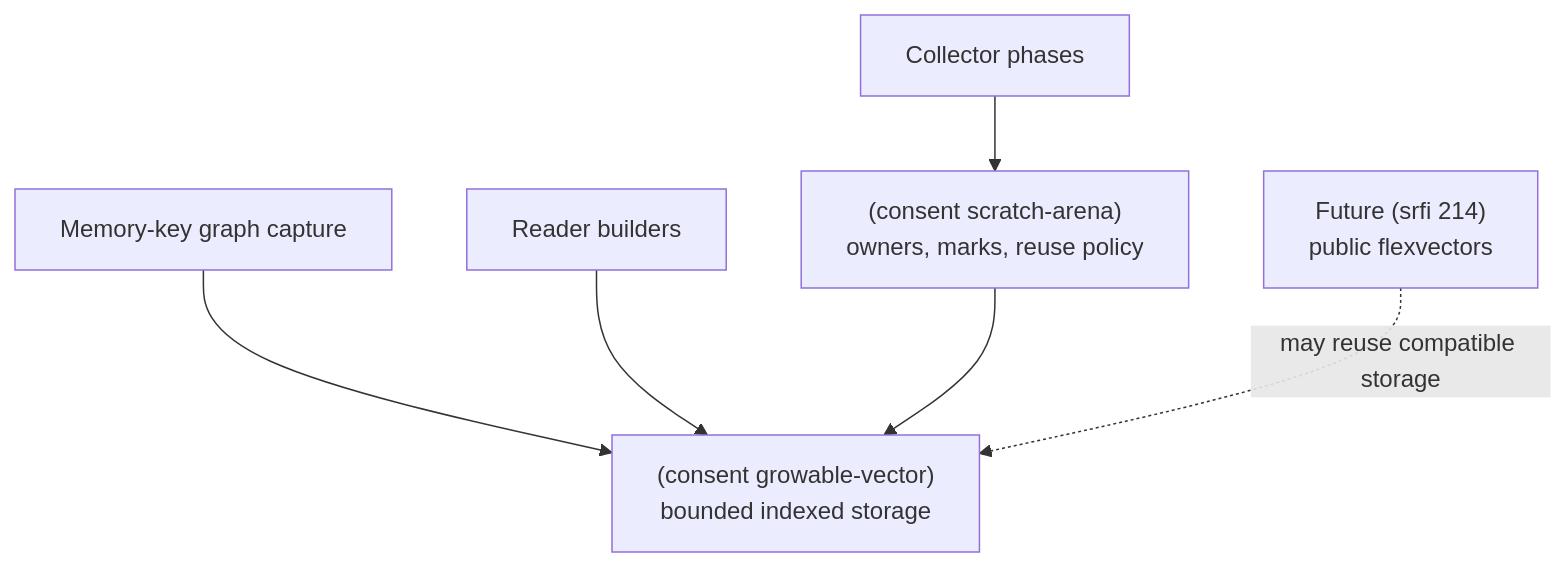
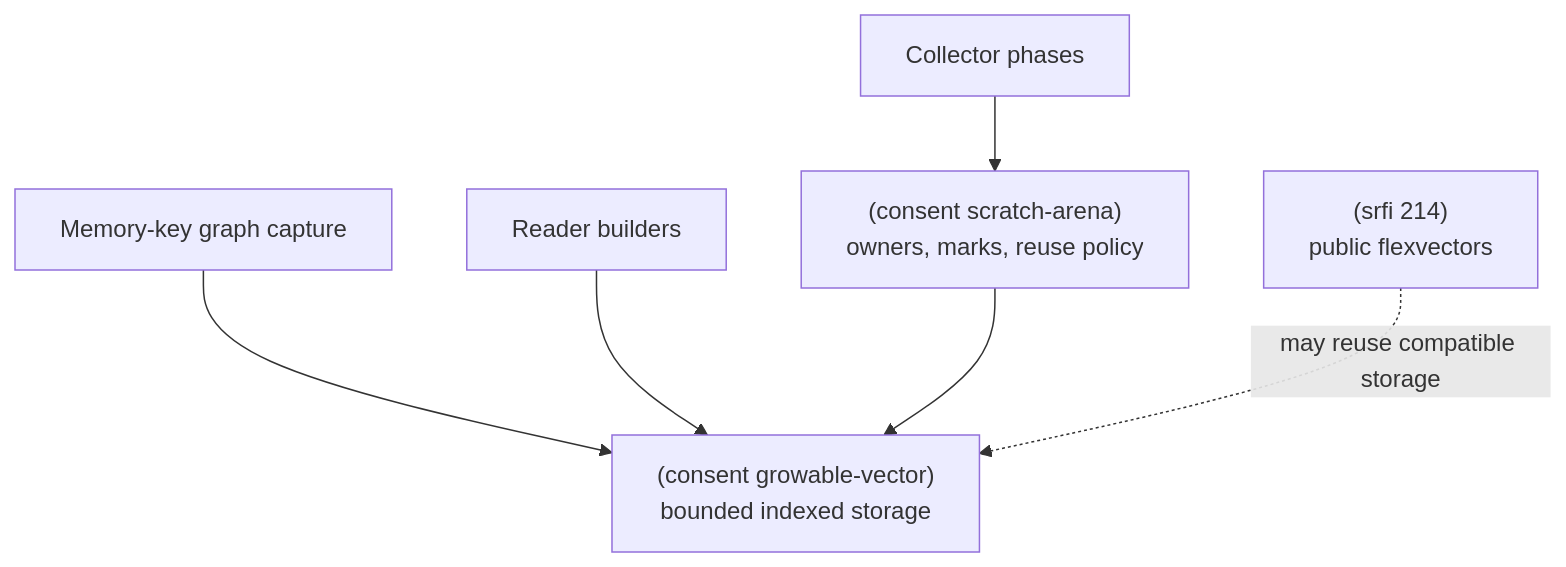
One commit to tahoma/agent-scheme changed the first of 3 diagrams in docs/runtime-storage.md. Above: the diagram before and after it, drawn with Mermaid. The commit also changed other lines of this file and 28 other files, not shown here.

First line of the commit message:
stdlib: add SRFI 214 flexvectors (#976)

````diff
--- a/docs/runtime-storage.md
+++ b/docs/runtime-storage.md
@@ -27,12 +27,12 @@
 ```mermaid
 flowchart TB
   reader["Reader builders"]
   memory["Memory-key graph capture"] --> grow
   grow["(consent growable-vector)<br/>bounded indexed storage"]
   scratch["(consent scratch-arena)<br/>owners, marks, reuse policy"]
-  srfi["Future (srfi 214)<br/>public flexvectors"]
+  srfi["(srfi 214)<br/>public flexvectors"]
   reader --> grow
   scratch --> grow
   collectors["Collector phases"] --> scratch
   srfi -. "may reuse compatible storage" .-> grow
 ```
````
